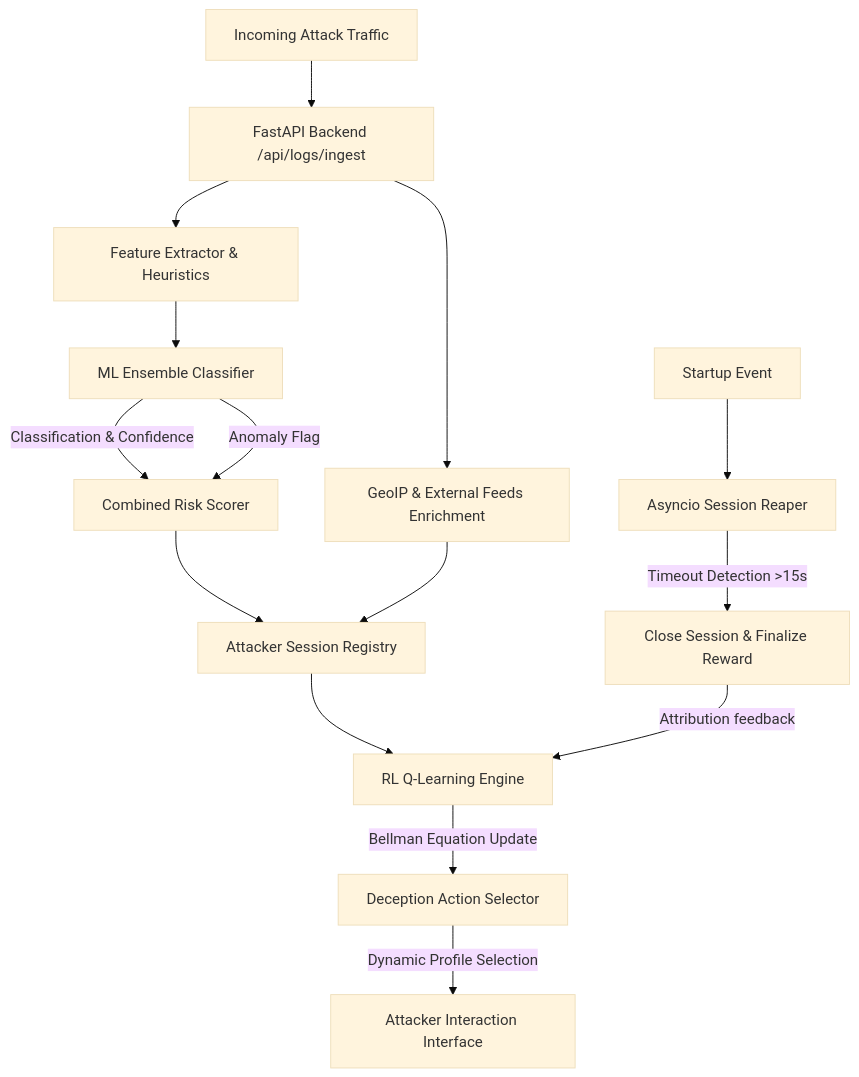
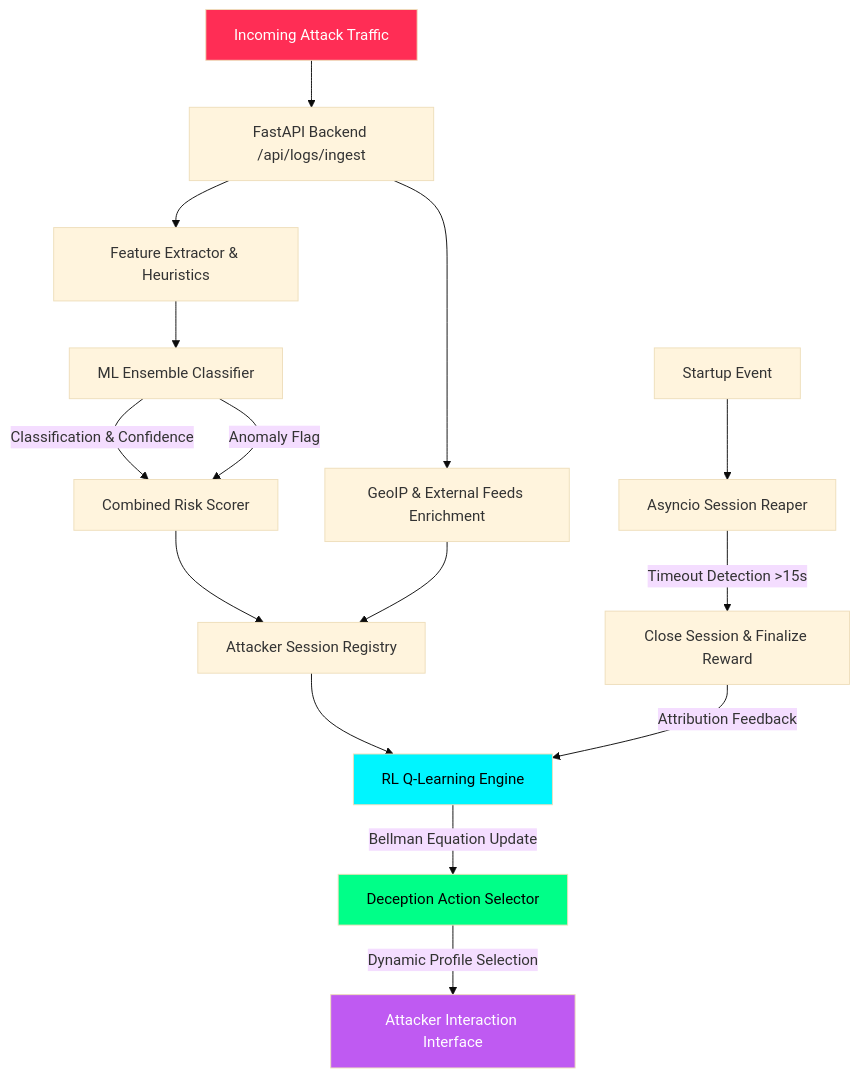
The first of 3 diagrams in README.md (nayefsiddique-eng/Adaptive-Honeypot), drawn with Mermaid (base theme) before and after one commit. The commit also changed other lines of this file, not shown here.

````diff
--- a/README.md
+++ b/README.md
@@ -11,17 +48,22 @@
 ```mermaid
 graph TD
-    A[Incoming Attack Traffic] --> B[FastAPI Backend /api/logs/ingest]
+    A[Incoming Attack Traffic] --> B["FastAPI Backend /api/logs/ingest"]
     B --> C[Feature Extractor & Heuristics]
     C --> D[ML Ensemble Classifier]
     D -->|Classification & Confidence| E[Combined Risk Scorer]
     D -->|Anomaly Flag| E
     B --> F[GeoIP & External Feeds Enrichment]
     E --> G[Attacker Session Registry]
     F --> G
     G --> H[RL Q-Learning Engine]
     H -->|Bellman Equation Update| I[Deception Action Selector]
     I -->|Dynamic Profile Selection| J[Attacker Interaction Interface]
     K[Startup Event] --> L[Asyncio Session Reaper]
     L -->|Timeout Detection >15s| M[Close Session & Finalize Reward]
-    M -->|Attribution feedback| H
+    M -->|Attribution Feedback| H
+
+    style A fill:#ff2d55,color:#fff
+    style H fill:#00f5ff,color:#000
+    style I fill:#00ff88,color:#000
+    style J fill:#bf5af2,color:#fff
 ```
````
